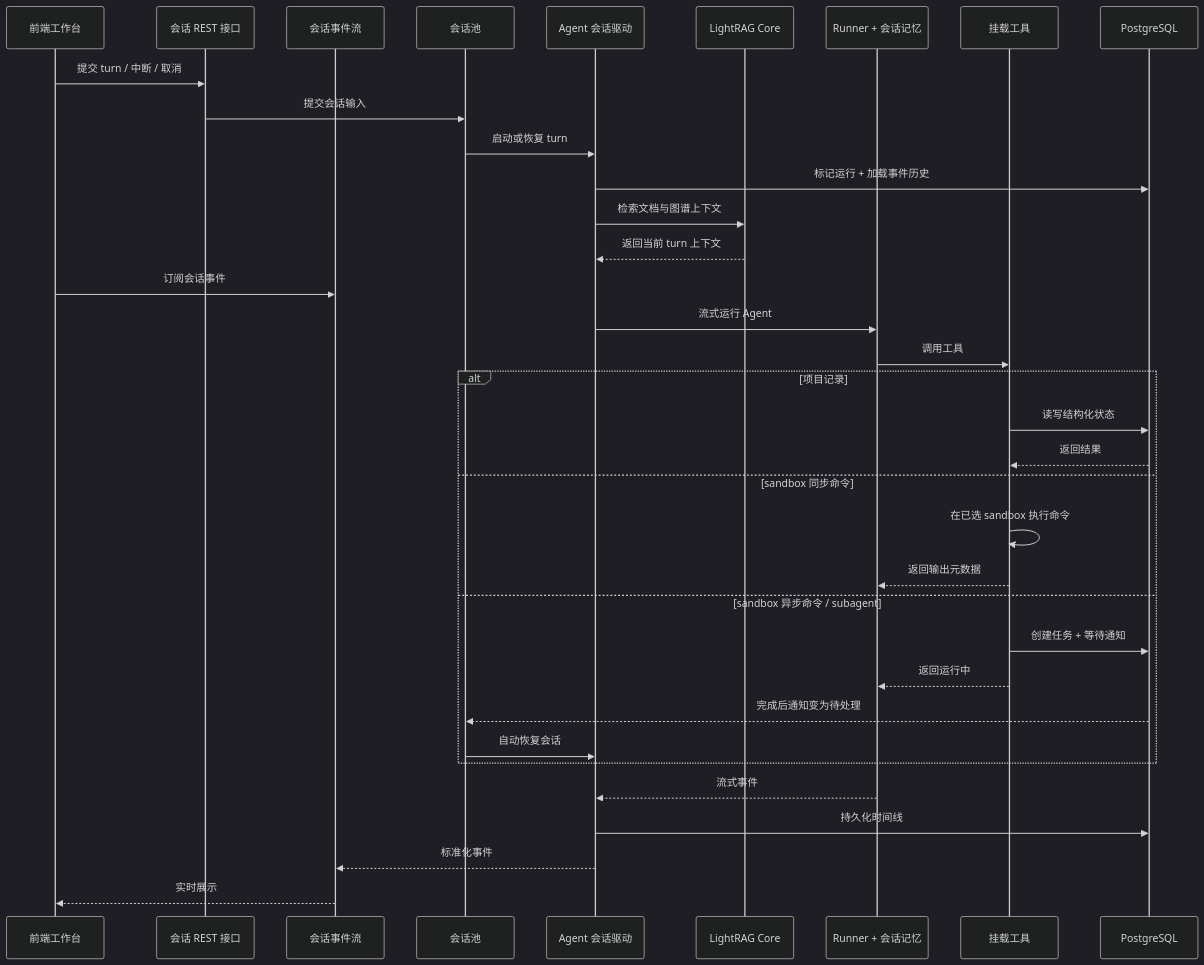
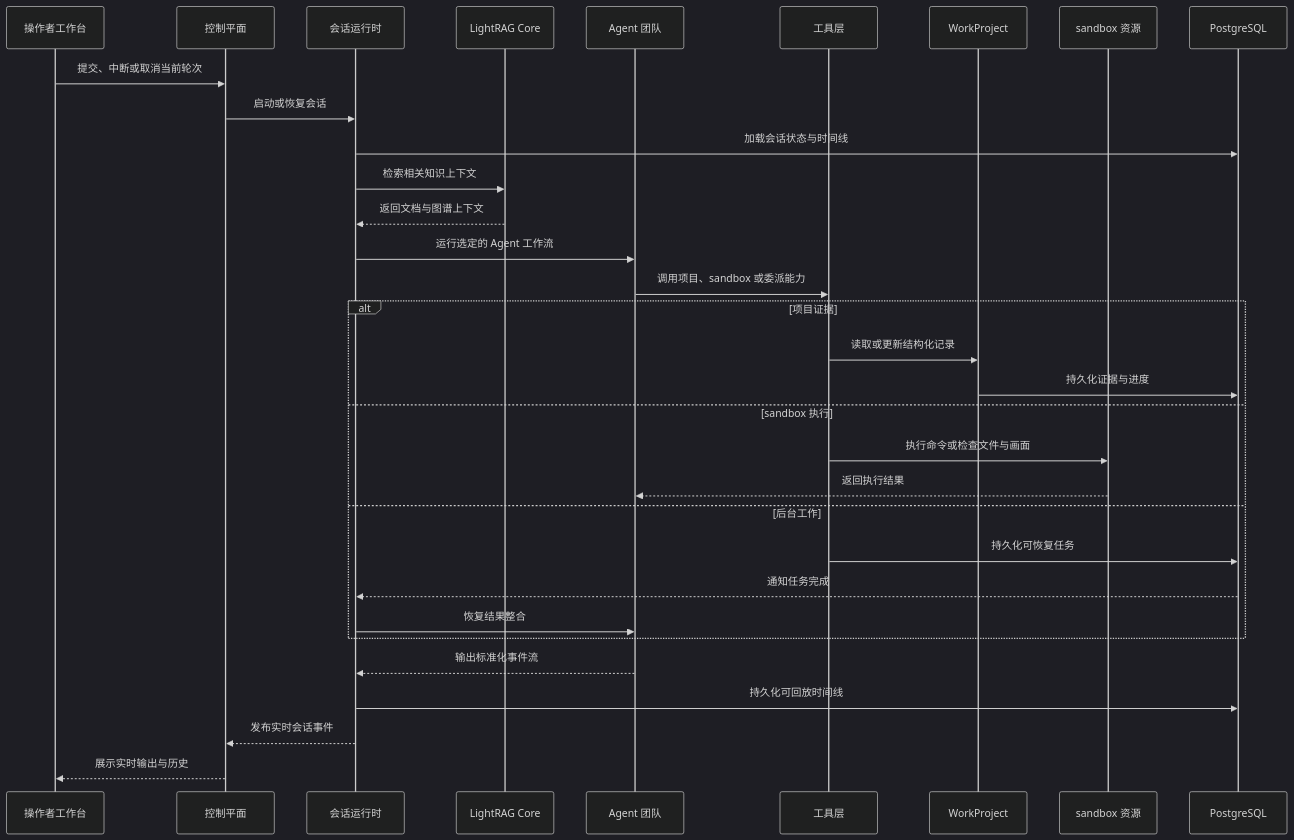
Before and after one commit to MolTau9527/Z3r0: the second of 2 diagrams in docs/zh/guide/overview.md, drawn with Mermaid (dark theme). The commit also changed other lines of this file and 206 other files, not shown here.

````diff
--- a/docs/zh/guide/overview.md
+++ b/docs/zh/guide/overview.md
@@ -79,41 +76,37 @@
 ```mermaid
 sequenceDiagram
-  participant UI as 前端工作台
-  participant API as 会话 REST 接口
-  participant WS as 会话事件流
-  participant Pool as 会话池
-  participant Sess as Agent 会话驱动
+  participant UI as 操作者工作台
+  participant API as 控制平面
+  participant Session as 会话运行时
   participant RAG as LightRAG Core
-  participant SDK as Runner + 会话记忆
-  participant Tool as 挂载工具
+  participant Agent as Agent 团队
+  participant Tool as 工具层
+  participant Project as WorkProject
+  participant Sandbox as sandbox 资源
   participant DB as PostgreSQL
 
-  UI->>API: 提交 turn / 中断 / 取消
-  API->>Pool: 提交会话输入
-  Pool->>Sess: 启动或恢复 turn
-  Sess->>DB: 标记运行 + 加载事件历史
-  Sess->>RAG: 检索文档与图谱上下文
-  RAG-->>Sess: 返回当前 turn 上下文
-  UI->>WS: 订阅会话事件
-  Sess->>SDK: 流式运行 Agent
+  UI->>API: 提交、中断或取消当前轮次
+  API->>Session: 启动或恢复会话
+  Session->>DB: 加载会话状态与时间线
+  Session->>RAG: 检索相关知识上下文
+  RAG-->>Session: 返回文档与图谱上下文
+  Session->>Agent: 运行选定的 Agent 工作流
+  Agent->>Tool: 调用项目、sandbox 或委派能力
 
-  SDK->>Tool: 调用工具
-
-  alt 项目记录
-    Tool->>DB: 读写结构化状态
-    DB-->>Tool: 返回结果
-  else sandbox 同步命令
-    Tool->>Tool: 在已选 sandbox 执行命令
-    Tool-->>SDK: 返回输出元数据
-  else sandbox 异步命令 / subagent
-    Tool->>DB: 创建任务 + 等待通知
-    Tool-->>SDK: 返回运行中
-    DB-->>Pool: 完成后通知变为待处理
-    Pool->>Sess: 自动恢复会话
+  alt 项目证据
+    Tool->>Project: 读取或更新结构化记录
+    Project->>DB: 持久化证据与进度
+  else sandbox 执行
+    Tool->>Sandbox: 执行命令或检查文件与画面
+    Sandbox-->>Agent: 返回执行结果
+  else 后台工作
+    Tool->>DB: 持久化可恢复任务
+    DB-->>Session: 通知任务完成
+    Session->>Agent: 恢复结果整合
   end
 
-  SDK-->>Sess: 流式事件
-  Sess->>DB: 持久化时间线
-  Sess-->>WS: 标准化事件
-  WS-->>UI: 实时展示
+  Agent-->>Session: 输出标准化事件流
+  Session->>DB: 持久化可回放时间线
+  Session-->>API: 发布实时会话事件
+  API-->>UI: 展示实时输出与历史
 ```
````
